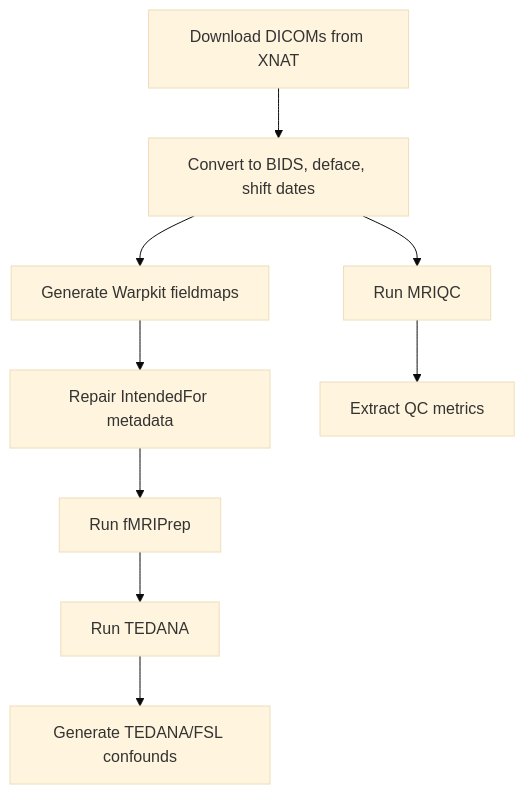
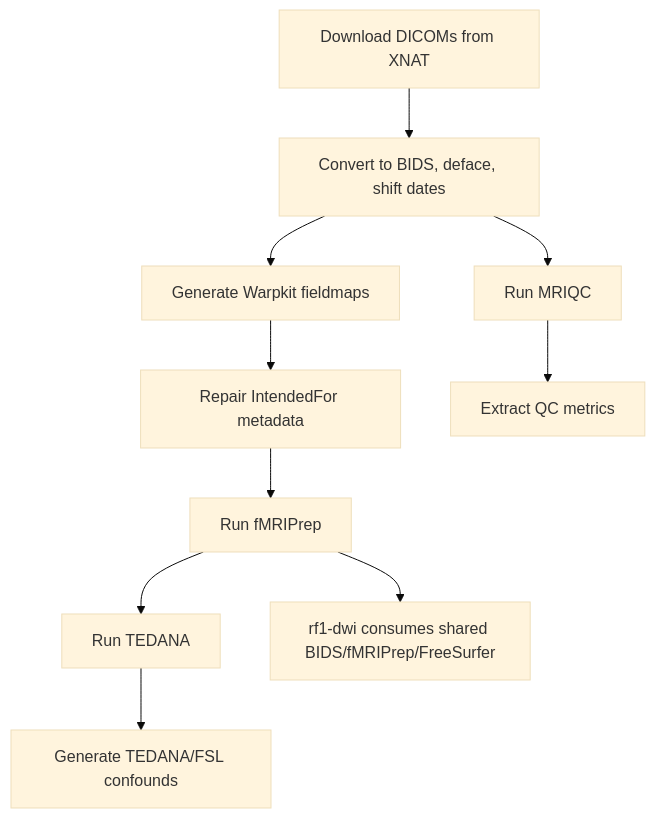
One commit to DVS-Lab/rf1-sra-linux2 changed the diagram in README.md. Above: the diagram before and after it, drawn with Mermaid (base theme). The commit also changed other lines of this file and 5 other files, not shown here.

````diff
--- a/README.md
+++ b/README.md
@@ -62,11 +101,12 @@
 ```mermaid
 flowchart TD
   A["Download DICOMs from XNAT"] --> B["Convert to BIDS, deface, shift dates"]
   B --> C["Generate Warpkit fieldmaps"]
   C --> D["Repair IntendedFor metadata"]
   D --> E["Run fMRIPrep"]
   E --> F["Run TEDANA"]
   F --> G["Generate TEDANA/FSL confounds"]
   B --> H["Run MRIQC"]
   H --> I["Extract QC metrics"]
+  E --> J["rf1-dwi consumes shared BIDS/fMRIPrep/FreeSurfer"]
 ```
````
